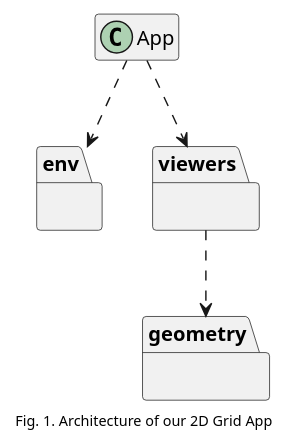
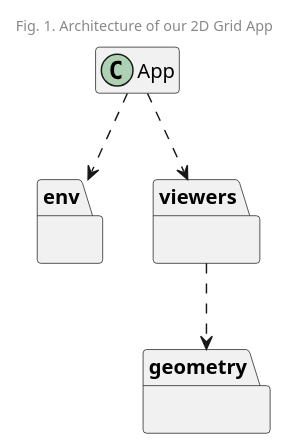
The first of 4 diagrams in _posts/modsim/2020-09-29-sfml-2d-grid.md (kanmeugne/kanmeugne.github.io), drawn with PlantUML before and after one commit. The commit also changed other lines of this file and 1 other file, not shown here.

Commit message:
update grid obstacle

```diff
--- a/_posts/modsim/2020-09-29-sfml-2d-grid.md
+++ b/_posts/modsim/2020-09-29-sfml-2d-grid.md
@@ -27,27 +27,27 @@
 {% plantuml %}
 @startuml
-caption: <size:10> Fig. 1. Architecture of our 2D Grid App </size>
+header: <size:10> Fig. 1. Architecture of our 2D Grid App </size>
 
 class App {}
 
 package env 
 {
     
 }
 
 package viewers
 {
 }
 
 package geometry
 {
 }
 
 App ..> viewers
 App ..> env
 viewers ..> geometry
 
 hide members
 @enduml
 
 {% endplantuml %}
```
